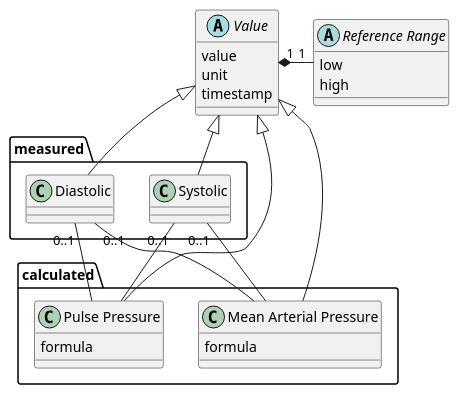
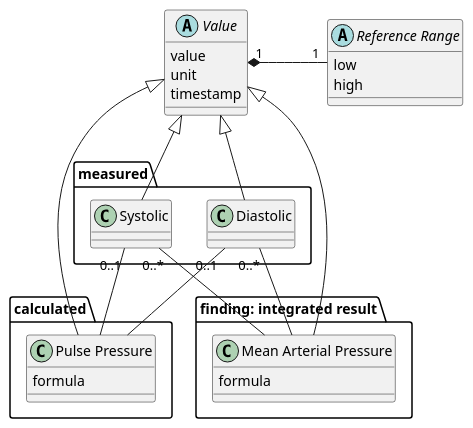
One commit to frankoemig/bloodpressure changed the diagram in input/images-source/calculation_model.plantuml. Above: the diagram before and after it, drawn with PlantUML. The commit also changed 7 other files, not shown here.

```diff
--- a/input/images-source/calculation_model.plantuml
+++ b/input/images-source/calculation_model.plantuml
@@ -1,55 +1,59 @@
 @startuml
 
 
 abstract class "Value" as value {
     value
     unit
     timestamp
 }
 
 abstract class "Reference Range" as range {
     low
     high
 }
 
-value "1" *-right- "1" range
+value "1" *-right- "1" range :  "             "
 
 package "measured" as measured {
 
 
 class "Systolic" as syst {
 }
 
 class "Diastolic" as diast {
 }
 }
 
 package "calculated" as calc {
 
 class "Pulse Pressure" as pulse {
     formula
 }
 
+}
+
+package "finding: integrated result" as integr {
+
 class "Mean Arterial Pressure" as mean {
     formula
 }
 
 
 }
 
 
 syst "0..1" -- pulse
 diast "0..1" -- pulse
 
-syst "0..1" -- mean
-diast "0..1" -- mean
+syst "0..*" -- mean
+diast "0..*" -- mean
 
 
 value <|-- syst
 value <|-- diast
 value <|-- pulse
 value <|-- mean
 
 
 
 @enduml
```
